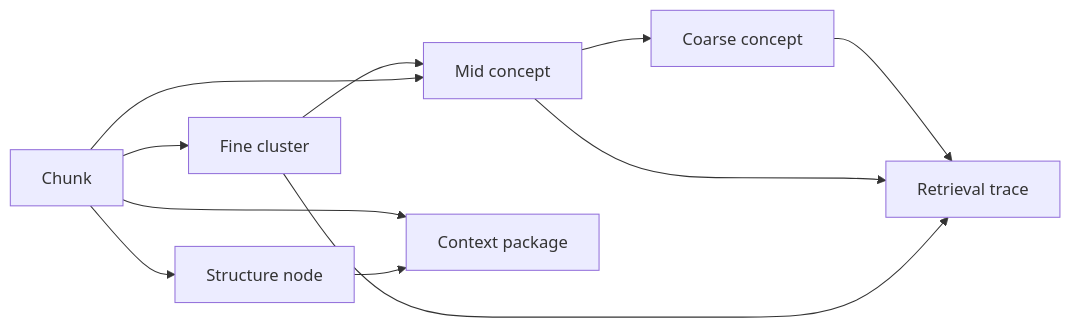
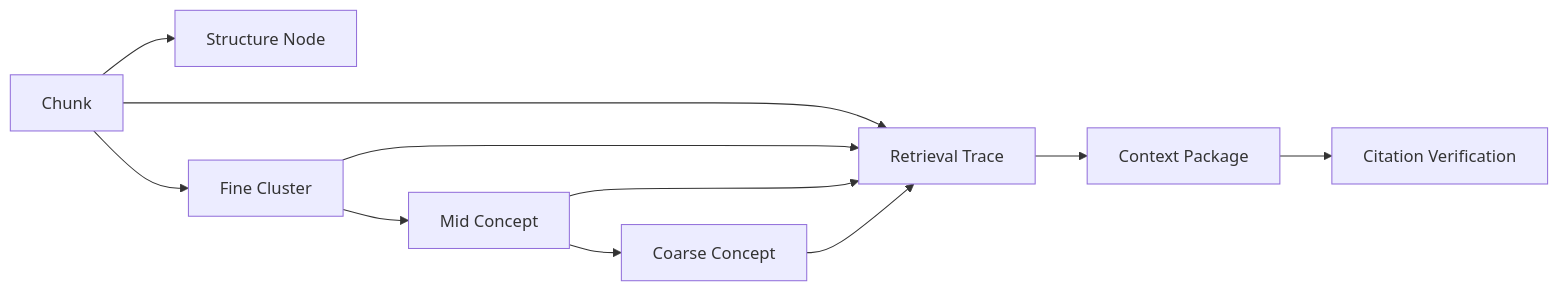
One commit to Sggggt/SymboGraph changed the second of 9 diagrams in docs/technical-spec.md. Above: the diagram before and after it, drawn with Mermaid. The commit also changed other lines of this file, not shown here.

````diff
--- a/docs/technical-spec.md
+++ b/docs/technical-spec.md
@@ -107,13 +340,13 @@
 ```mermaid
 flowchart LR
-    C["Chunk"] --> S["Structure node"]
-    C --> F["Fine cluster"]
-    F --> M["Mid concept"]
-    C --> M
-    M --> K["Coarse concept"]
-    K --> RT["Retrieval trace"]
-    M --> RT
-    F --> RT
-    C --> CP["Context package"]
-    S --> CP
+    C["Chunk"] --> S["Structure Node"]
+    C --> F["Fine Cluster"]
+    F --> M["Mid Concept"]
+    M --> K["Coarse Concept"]
+    C --> T["Retrieval Trace"]
+    F --> T
+    M --> T
+    K --> T
+    T --> CP["Context Package"]
+    CP --> CV["Citation Verification"]
 ```
````
